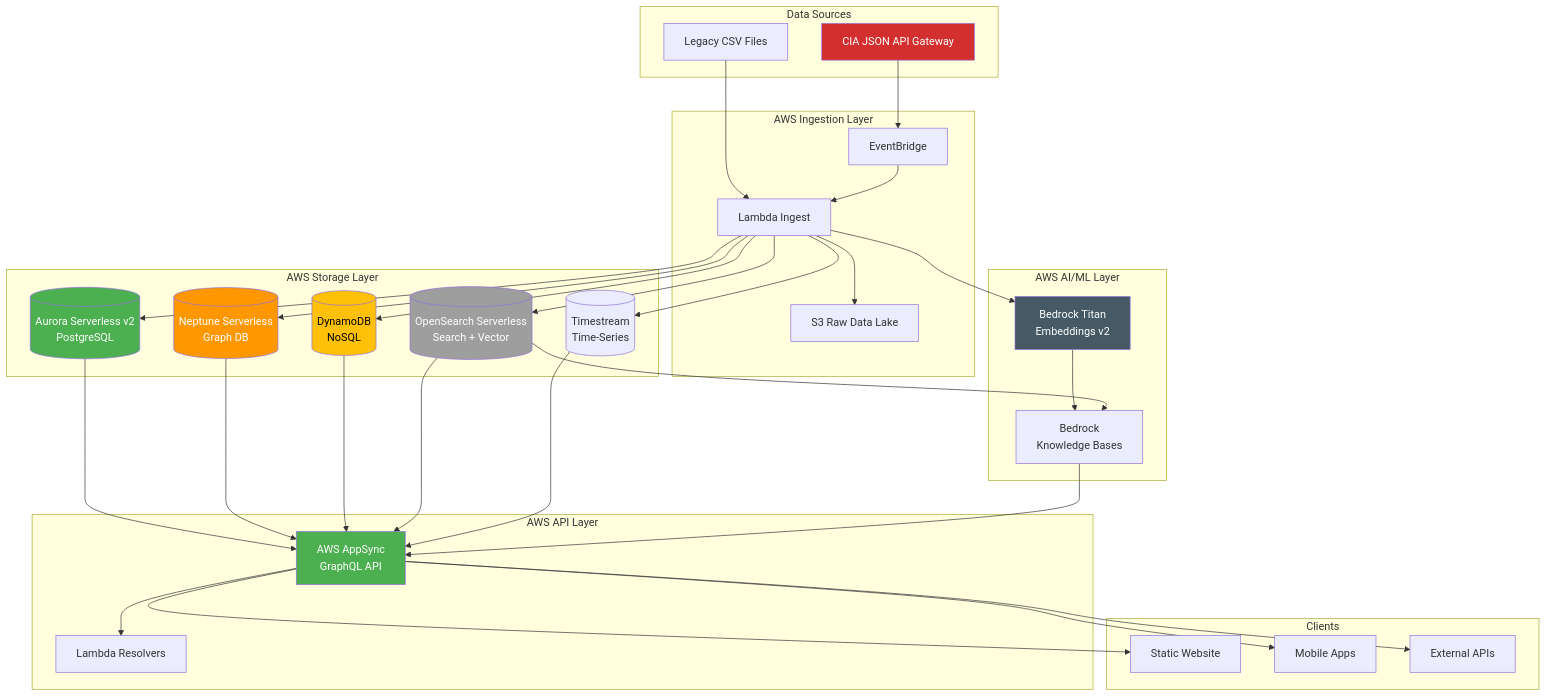
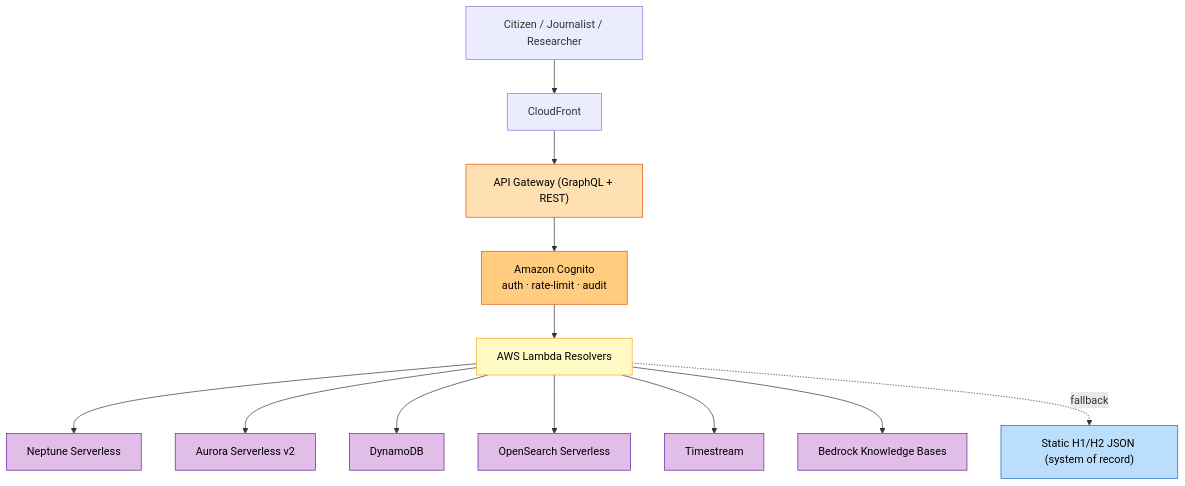
One commit to Hack23/riksdagsmonitor changed the seventh of 18 diagrams in FUTURE_DATA_MODEL.md. Above: the diagram before and after it, drawn with Mermaid. The commit also changed other lines of this file and 5 other files, not shown here.

Commit message:
Rewrite FUTURE_DATA_MODEL.md as three-horizon data architecture (v3.0)

````diff
--- a/FUTURE_DATA_MODEL.md
+++ b/FUTURE_DATA_MODEL.md
@@ -1128,71 +714,24 @@
 ```mermaid
-graph TB
-    subgraph "Data Sources"
-        CIA[CIA JSON API Gateway]
-        CSV[Legacy CSV Files]
-    end
-    
-    subgraph "AWS Ingestion Layer"
-        EB[EventBridge]
-        Lambda1[Lambda Ingest]
-        S3[S3 Raw Data Lake]
-    end
-    
-    subgraph "AWS Storage Layer"
-        Aurora[(Aurora Serverless v2<br/>PostgreSQL)]
-        Neptune[(Neptune Serverless<br/>Graph DB)]
-        DynamoDB[(DynamoDB<br/>NoSQL)]
-        OpenSearch[(OpenSearch Serverless<br/>Search + Vector)]
-        Timestream[(Timestream<br/>Time-Series)]
-    end
-    
-    subgraph "AWS AI/ML Layer"
-        Bedrock[Bedrock Titan<br/>Embeddings v2]
-        BedrockKB[Bedrock<br/>Knowledge Bases]
-    end
-    
-    subgraph "AWS API Layer"
-        AppSync[AWS AppSync<br/>GraphQL API]
-        Lambda2[Lambda Resolvers]
-    end
-    
-    subgraph "Clients"
-        Web[Static Website]
-        Mobile[Mobile Apps]
-        API[External APIs]
-    end
-    
-    CIA --> EB
-    CSV --> Lambda1
-    EB --> Lambda1
-    Lambda1 --> S3
-    Lambda1 --> Aurora
-    Lambda1 --> Neptune
-    Lambda1 --> DynamoDB
-    Lambda1 --> OpenSearch
-    Lambda1 --> Timestream
-    Lambda1 --> Bedrock
-    
-    Aurora --> AppSync
-    Neptune --> AppSync
-    DynamoDB --> AppSync
-    OpenSearch --> AppSync
-    Timestream --> AppSync
-    
-    Bedrock --> BedrockKB
-    OpenSearch --> BedrockKB
-    BedrockKB --> AppSync
-    
-    AppSync --> Lambda2
-    AppSync --> Web
-    AppSync --> Mobile
-    AppSync --> API
-    
-    style CIA fill:#D32F2F,color:#fff
-    style Aurora fill:#4CAF50,color:#fff
-    style Neptune fill:#FF9800,color:#fff
-    style DynamoDB fill:#FFC107,color:#000
-    style OpenSearch fill:#9E9E9E,color:#fff
-    style Bedrock fill:#455A64,color:#fff
-    style AppSync fill:#4CAF50,color:#fff
+graph TD
+    U["Citizen / Journalist / Researcher"] --> CF["CloudFront"]
+    CF --> APIGW["API Gateway (GraphQL + REST)"]
+    APIGW --> COG["Amazon Cognito<br/>auth · rate-limit · audit"]
+    COG --> L["AWS Lambda Resolvers"]
+    L --> NEP["Neptune Serverless"]
+    L --> AUR["Aurora Serverless v2"]
+    L --> DDB["DynamoDB"]
+    L --> OS["OpenSearch Serverless"]
+    L --> TS["Timestream"]
+    L --> KB["Bedrock Knowledge Bases"]
+    L -. fallback .-> S3["Static H1/H2 JSON (system of record)"]
+    style APIGW fill:#ffe0b2,stroke:#e65100,color:#000000
+    style COG fill:#ffcc80,stroke:#e65100,color:#000000
+    style L fill:#fff9c4,stroke:#f9a825,color:#000000
+    style NEP fill:#e1bee7,stroke:#6a1b9a,color:#000000
+    style AUR fill:#e1bee7,stroke:#6a1b9a,color:#000000
+    style DDB fill:#e1bee7,stroke:#6a1b9a,color:#000000
+    style OS fill:#e1bee7,stroke:#6a1b9a,color:#000000
+    style TS fill:#e1bee7,stroke:#6a1b9a,color:#000000
+    style KB fill:#e1bee7,stroke:#6a1b9a,color:#000000
+    style S3 fill:#bbdefb,stroke:#1565c0,color:#000000
 ```
````
